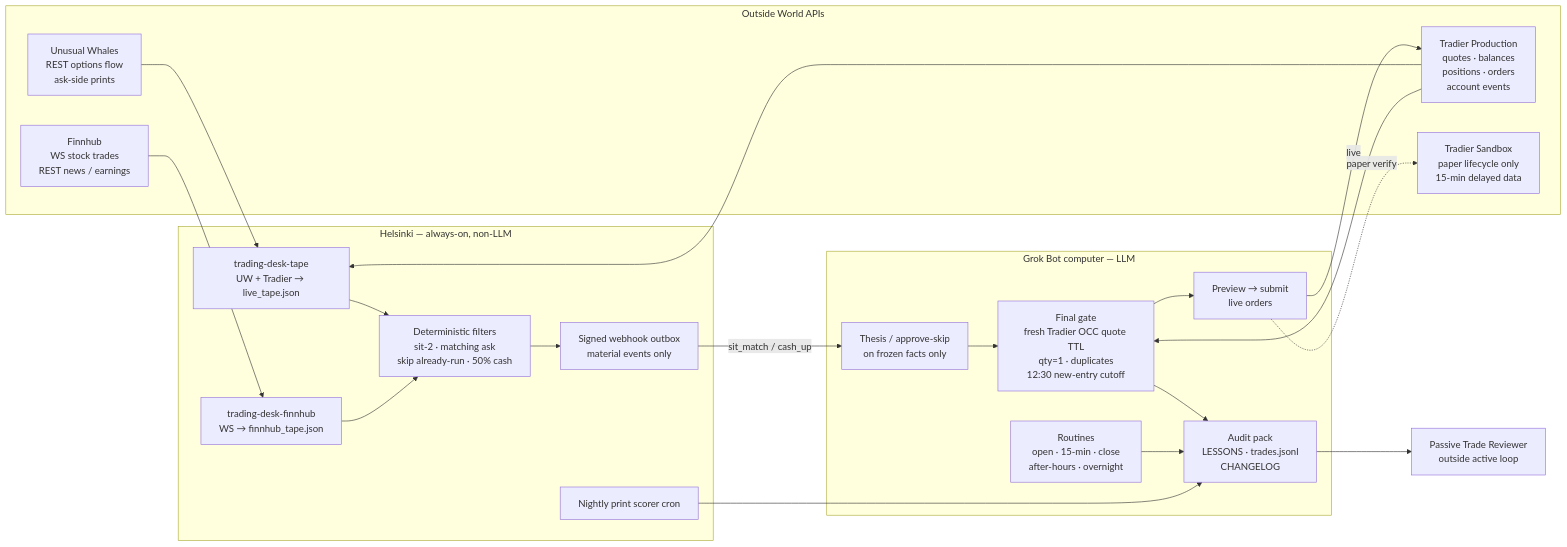
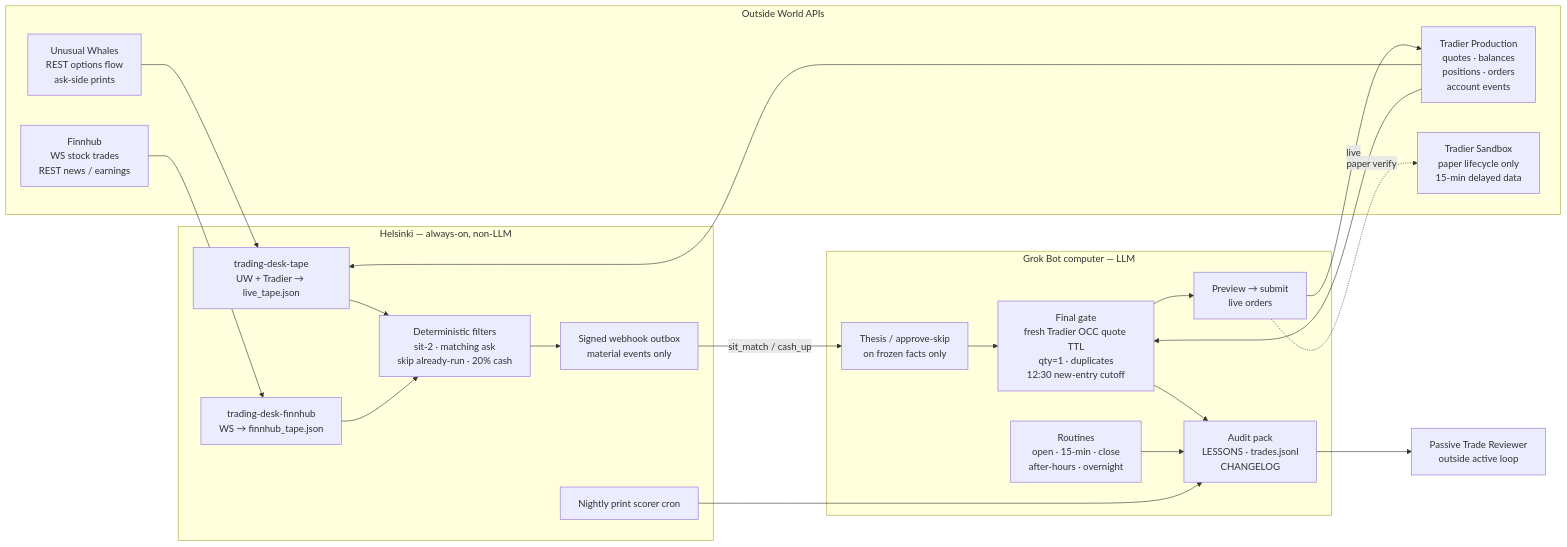
Before and after one commit to darrylsj/groktrading: the diagram in README.md, drawn with Mermaid. The commit also changed other lines of this file and 31 other files, not shown here.

````diff
--- a/README.md
+++ b/README.md
@@ -24,40 +50,40 @@
 ```mermaid
 flowchart LR
   subgraph Outside["Outside World APIs"]
     UW["Unusual Whales\nREST options flow\nask-side prints"]
     FH["Finnhub\nWS stock trades\nREST news / earnings"]
     TP["Tradier Production\nquotes · balances\npositions · orders\naccount events"]
     TS["Tradier Sandbox\npaper lifecycle only\n15-min delayed data"]
   end
   subgraph Helsinki["Helsinki — always-on, non-LLM"]
     TAPE["trading-desk-tape\nUW + Tradier → live_tape.json"]
     FHSVC["trading-desk-finnhub\nWS → finnhub_tape.json"]
-    FILT["Deterministic filters\nsit-2 · matching ask\nskip already-run · 50% cash"]
+    FILT["Deterministic filters\nsit-2 · matching ask\nskip already-run · 20% cash"]
     HOOK["Signed webhook outbox\nmaterial events only"]
     NIGHT["Nightly print scorer cron"]
   end
   subgraph Grok["Grok Bot computer — LLM"]
     LLM["Thesis / approve-skip\non frozen facts only"]
     GATE["Final gate\nfresh Tradier OCC quote TTL\nqty=1 · duplicates\n12:30 new-entry cutoff"]
     EXEC["Preview → submit\nlive orders"]
     AUDIT["Audit pack\nLESSONS · trades.jsonl\nCHANGELOG"]
     ROUT["Routines\nopen · 15-min · close\nafter-hours · overnight"]
   end
   REV["Passive Trade Reviewer\noutside active loop"]
   UW --> TAPE
   FH --> FHSVC
   TP --> TAPE
   TP --> GATE
   TAPE --> FILT
   FHSVC --> FILT
   FILT --> HOOK
   HOOK -->|"sit_match / cash_up"| LLM
   LLM --> GATE
   GATE --> EXEC
   EXEC -->|"live"| TP
   EXEC -.->|"paper verify"| TS
   GATE --> AUDIT
   ROUT --> AUDIT
   NIGHT --> AUDIT
   AUDIT --> REV
 ```
````
